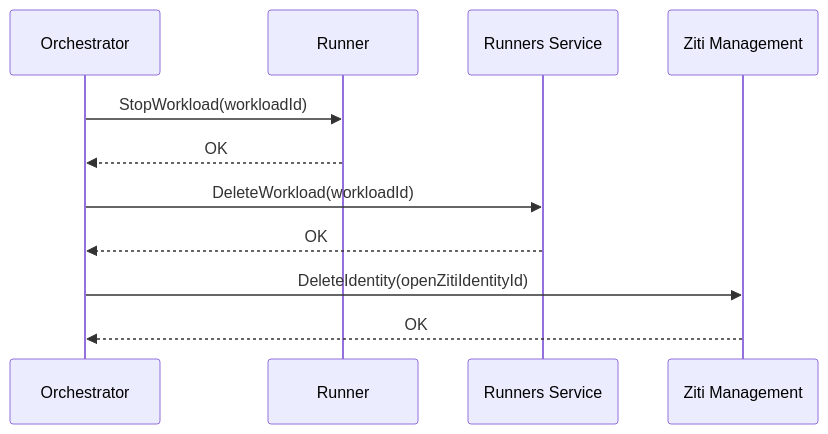
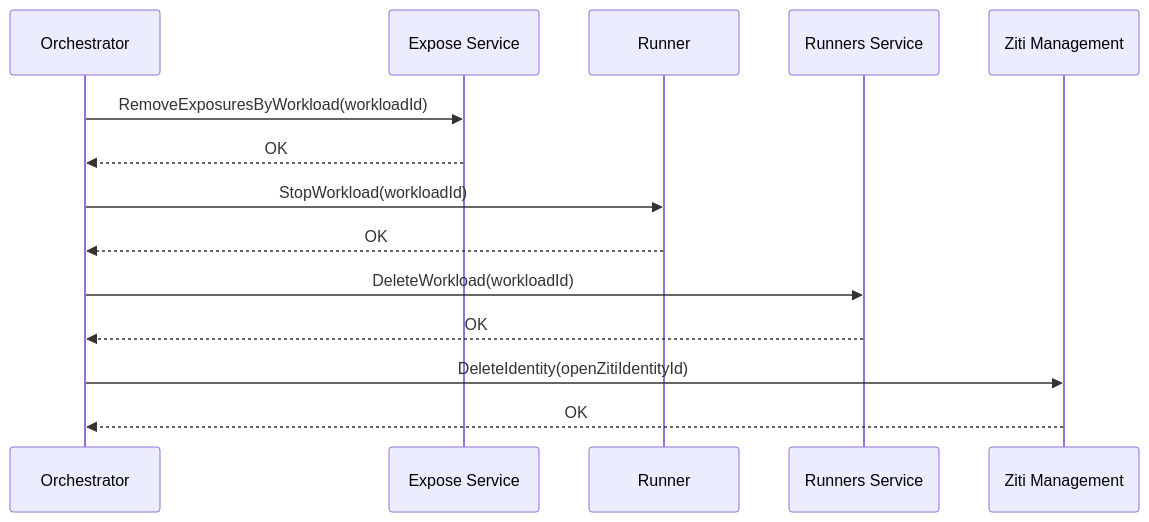
The fourth of 4 diagrams in architecture/agents-orchestrator.md (agynio/architecture), drawn with Mermaid before and after one commit. The commit also changed other lines of this file and 13 other files, not shown here.

````diff
--- a/architecture/agents-orchestrator.md
+++ b/architecture/agents-orchestrator.md
@@ -162,14 +164,17 @@
 ```mermaid
 sequenceDiagram
     participant O as Orchestrator
+    participant ES as Expose Service
     participant R as Runner
     participant RS as Runners Service
     participant ZM as Ziti Management
 
+    O->>ES: RemoveExposuresByWorkload(workloadId)
+    ES-->>O: OK
     O->>R: StopWorkload(workloadId)
     R-->>O: OK
     O->>RS: DeleteWorkload(workloadId)
     RS-->>O: OK
     O->>ZM: DeleteIdentity(openZitiIdentityId)
     ZM-->>O: OK
 ```
````
